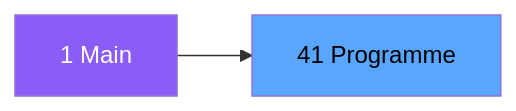
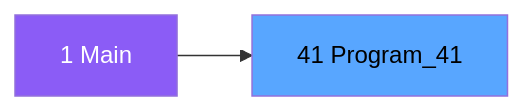
The second of 3 diagrams in .openspec/specs/ADH-IDE-41.md (thonyAGP/magic-migration), drawn with Mermaid before and after one commit. The commit also changed other lines of this file and 323 other files, not shown here.

````diff
--- a/.openspec/specs/ADH-IDE-41.md
+++ b/.openspec/specs/ADH-IDE-41.md
@@ -98,8 +105,8 @@
 ```mermaid
 graph LR
     M[1 Main]
-    T[41 Programme]
+    T[41 Program_41]
     M --> T
     style M fill:#8b5cf6,color:#fff
     style T fill:#58a6ff,color:#000
 ```
````
